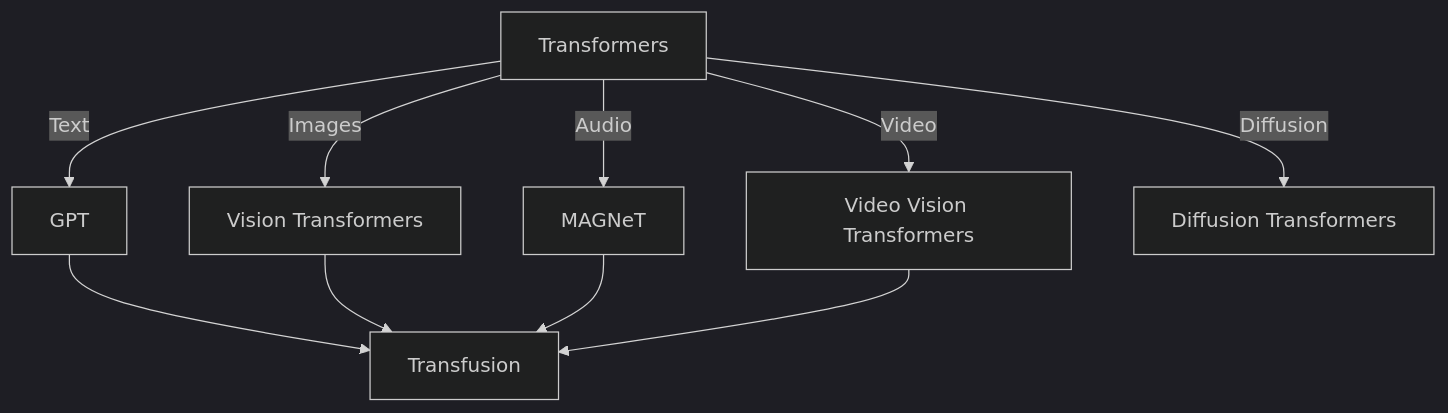
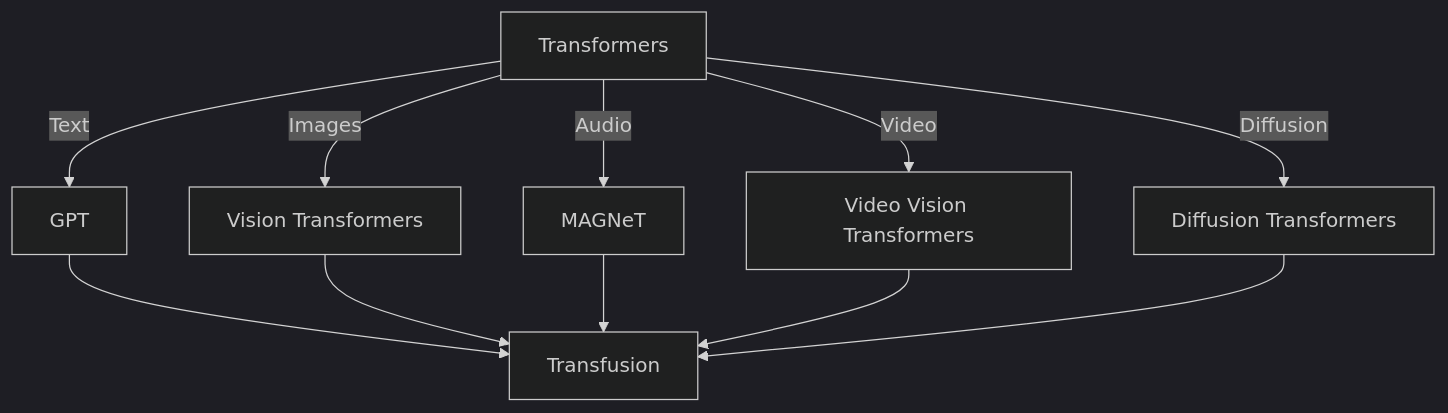
The diagram in README.md (VachanVY/VachanVY), drawn with Mermaid (dark theme) before and after one commit.

````diff
--- a/README.md
+++ b/README.md
@@ -25,14 +25,15 @@
 ```mermaid
 graph TD;
     Transformers -->|Text| GPT;
     Transformers -->|Images| Vision_Transformers["Vision Transformers"];
     Transformers -->|Audio| MAGNeT["MAGNeT"];
     Transformers --> |Video| Video_Vision_Transformers["Video Vision Transformers"];
     Transformers -->|Diffusion| Diffusion_Transformers["Diffusion Transformers"];
 
     GPT --> Multi_Modal_Transformers["Transfusion"];
     Vision_Transformers --> Multi_Modal_Transformers;
     MAGNeT --> Multi_Modal_Transformers;
     Video_Vision_Transformers --> Multi_Modal_Transformers
+    Diffusion_Transformers --> Multi_Modal_Transformers
 
 ```
````
